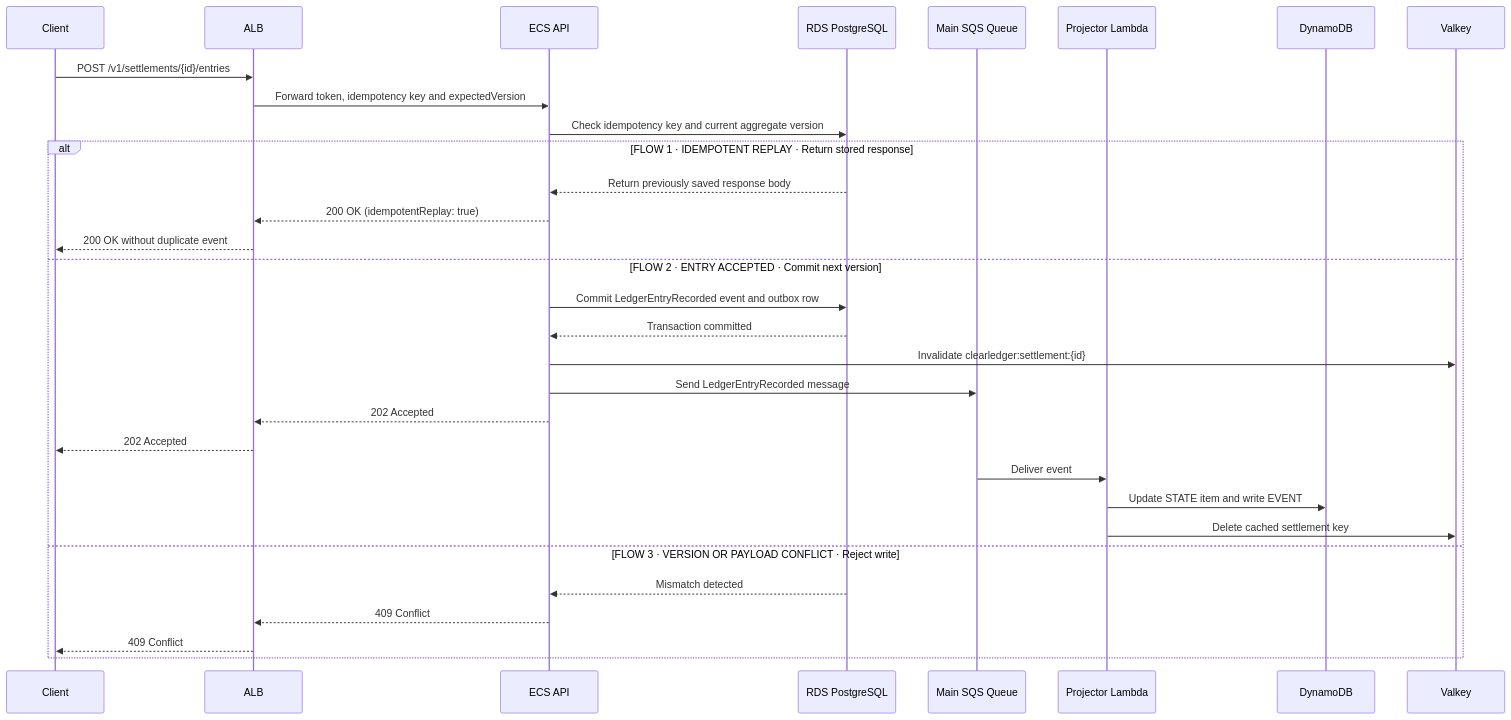
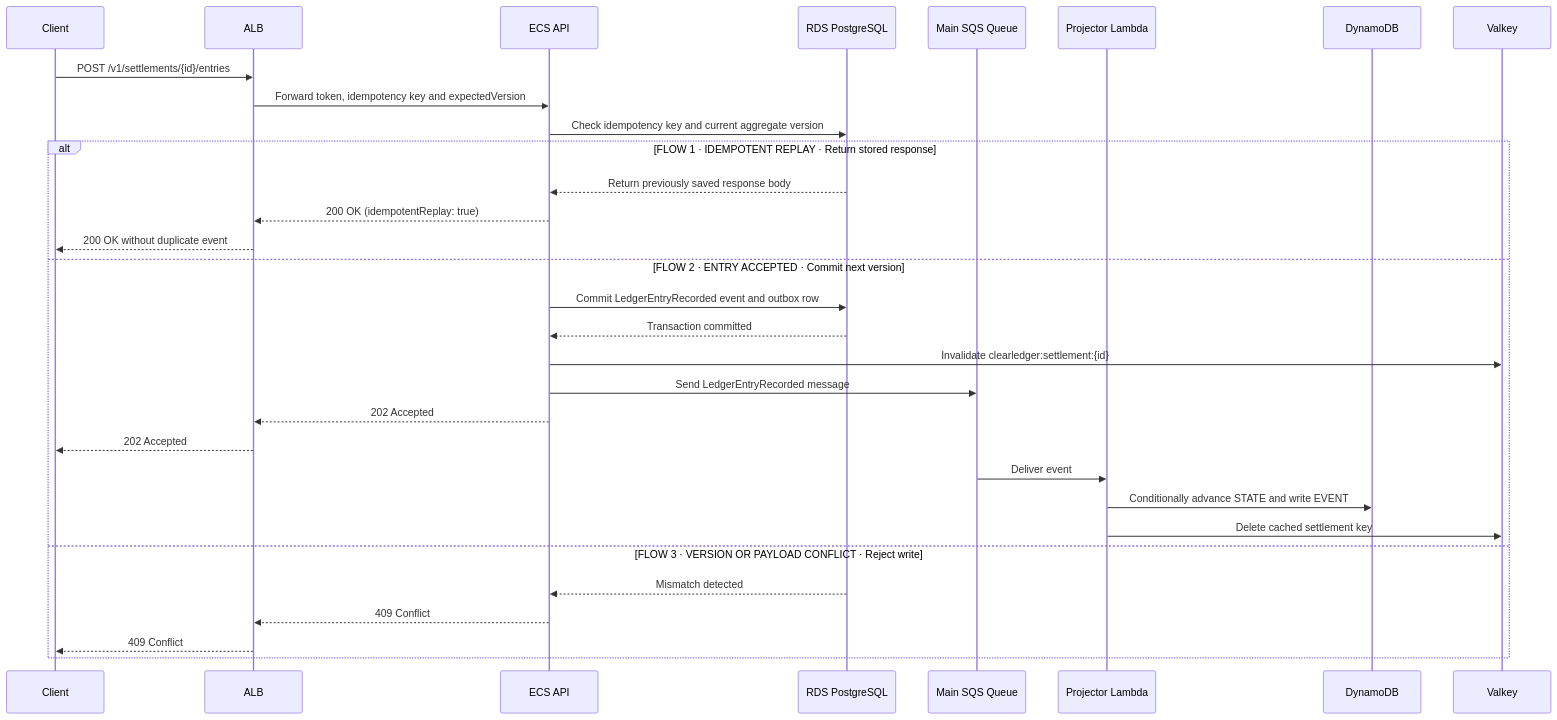
Before and after one commit to git-azeez/aw-az-01: the third of 8 diagrams in reasoning.md, drawn with Mermaid. The commit also changed other lines of this file and 18 other files, not shown here.

````diff
--- a/reasoning.md
+++ b/reasoning.md
@@ -107,35 +107,35 @@
 ```mermaid
 sequenceDiagram
     participant Client
     participant ALB
     participant API as ECS API
     participant RDS as RDS PostgreSQL
     participant SQS as Main SQS Queue
     participant Projector as Projector Lambda
     participant DDB as DynamoDB
     participant Valkey
 
     Client->>ALB: POST /v1/settlements/{id}/entries
     ALB->>API: Forward token, idempotency key and expectedVersion
     API->>RDS: Check idempotency key and current aggregate version
 
     alt FLOW 1 · IDEMPOTENT REPLAY · Return stored response
         RDS-->>API: Return previously saved response body
         API-->>ALB: 200 OK (idempotentReplay: true)
         ALB-->>Client: 200 OK without duplicate event
     else FLOW 2 · ENTRY ACCEPTED · Commit next version
         API->>RDS: Commit LedgerEntryRecorded event and outbox row
         RDS-->>API: Transaction committed
         API->>Valkey: Invalidate clearledger:settlement:{id}
         API->>SQS: Send LedgerEntryRecorded message
         API-->>ALB: 202 Accepted
         ALB-->>Client: 202 Accepted
         SQS->>Projector: Deliver event
-        Projector->>DDB: Update STATE item and write EVENT#<version>
+        Projector->>DDB: Conditionally advance STATE and write EVENT#<version>
         Projector->>Valkey: Delete cached settlement key
     else FLOW 3 · VERSION OR PAYLOAD CONFLICT · Reject write
         RDS-->>API: Mismatch detected
         API-->>ALB: 409 Conflict
         ALB-->>Client: 409 Conflict
     end
 ```
````
